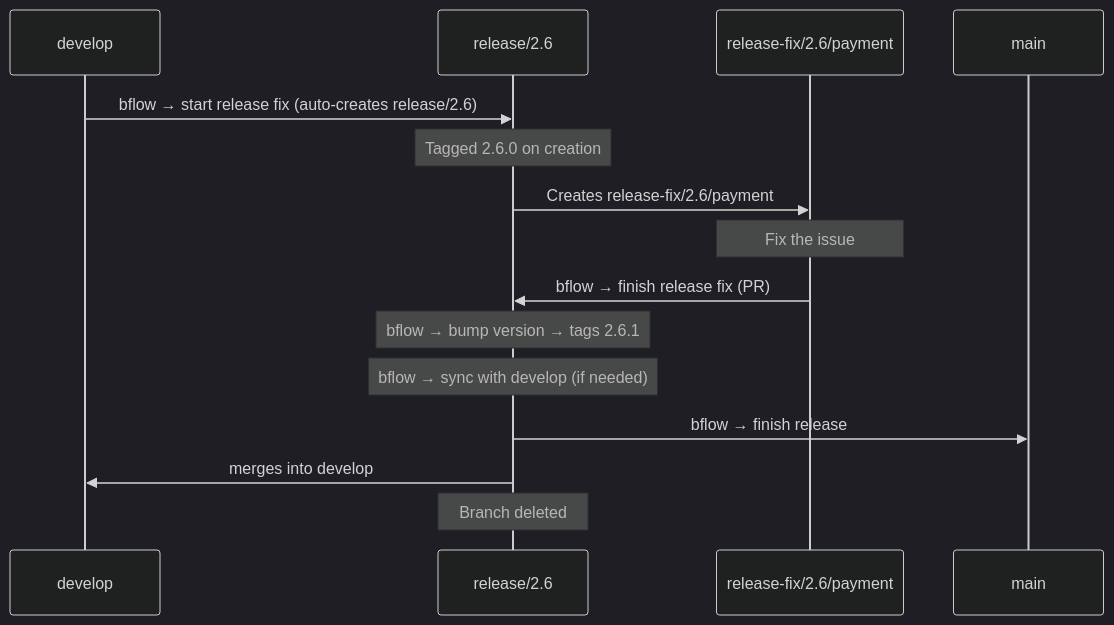
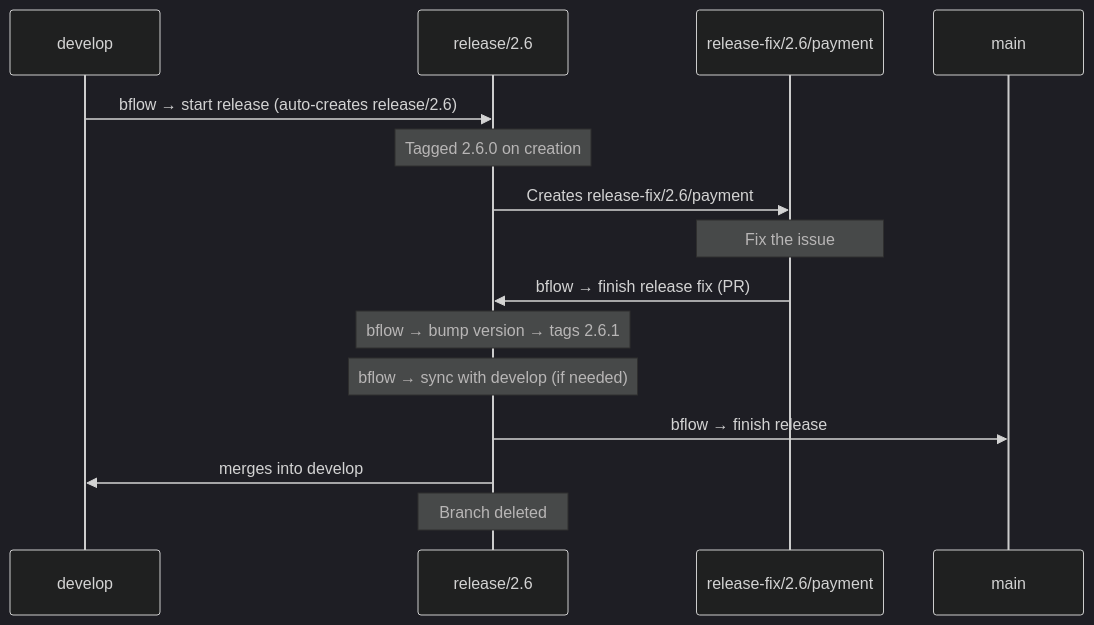
Before and after one commit to middelkampdev/gflow: the third of 5 diagrams in README.md, drawn with Mermaid (dark theme). The commit also changed other lines of this file, not shown here.

````diff
--- a/README.md
+++ b/README.md
@@ -144,18 +176,18 @@
 ```mermaid
 sequenceDiagram
     participant D as develop
     participant R as release/2.6
     participant RF as release-fix/2.6/payment
     participant M as main
 
-    D->>R: bflow → start release fix (auto-creates release/2.6)
+    D->>R: bflow → start release (auto-creates release/2.6)
     Note over R: Tagged 2.6.0 on creation
     R->>RF: Creates release-fix/2.6/payment
     Note over RF: Fix the issue
     RF->>R: bflow → finish release fix (PR)
     Note over R: bflow → bump version → tags 2.6.1
     Note over R: bflow → sync with develop (if needed)
     R->>M: bflow → finish release
     R->>D: merges into develop
     Note over R: Branch deleted
 ```
````
